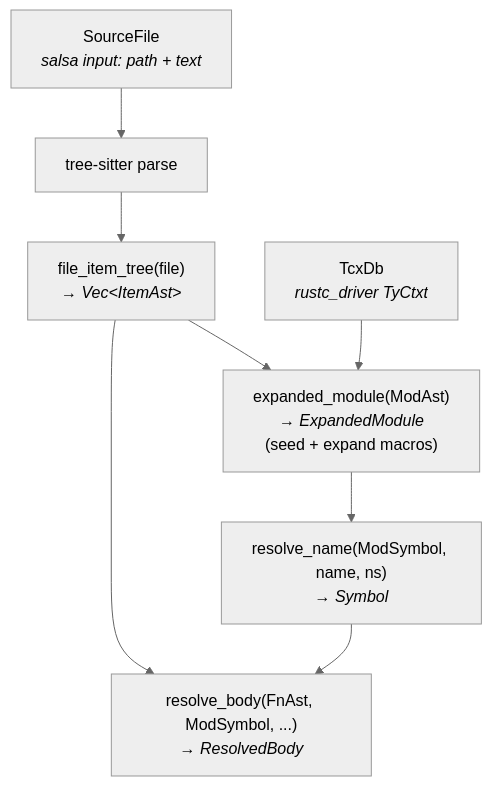
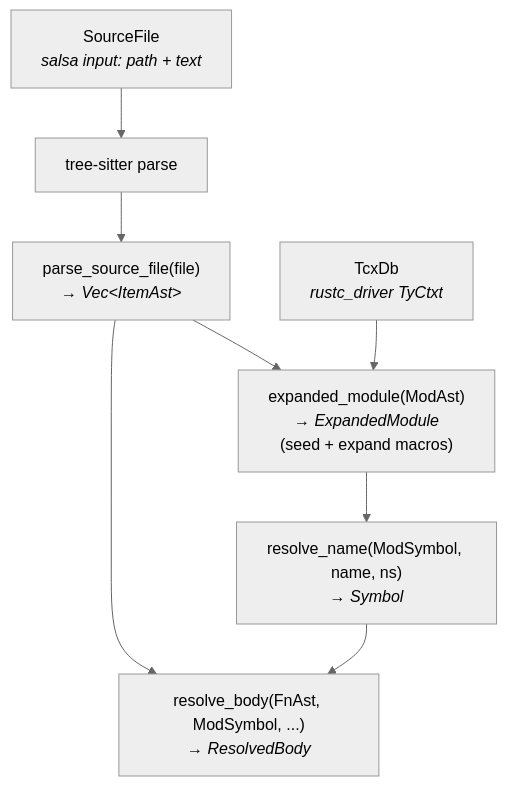
Before and after one commit to nikomatsakis/sage-dev: the diagram in md/design/arch.md, drawn with Mermaid (neutral theme). The commit also changed other lines of this file and 40 other files, not shown here.

````diff
--- a/md/design/arch.md
+++ b/md/design/arch.md
@@ -11,16 +11,16 @@
 ```mermaid
 graph TD
     SF["SourceFile<br><i>salsa input: path + text</i>"]
     TS["tree-sitter parse"]
-    FIT["file_item_tree(file)<br><i>→ Vec&lt;ItemAst&gt;</i>"]
+    FIT["parse_source_file(file)<br><i>→ Vec&lt;ItemAst&gt;</i>"]
     EM["expanded_module(ModAst)<br><i>→ ExpandedModule</i><br>(seed + expand macros)"]
     RN["resolve_name(ModSymbol, name, ns)<br><i>→ Symbol</i>"]
     RB["resolve_body(FnAst, ModSymbol, ...)<br><i>→ ResolvedBody</i>"]
     DS["TcxDb<br><i>rustc_driver TyCtxt</i>"]
 
     SF --> TS --> FIT --> EM
     DS --> EM
     EM --> RN
     RN --> RB
     FIT --> RB
 ```
````
